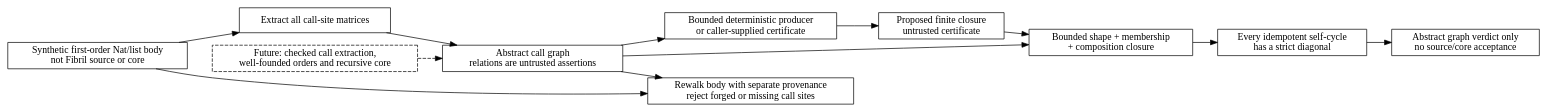
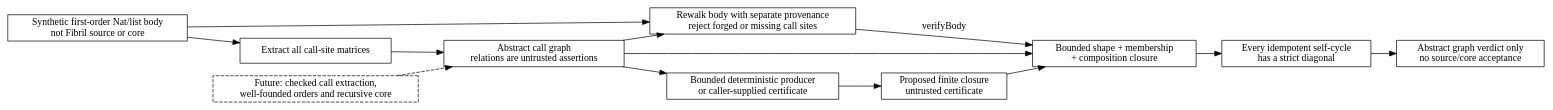
The diagram in docs/diagrams/size-change-certificates.dot (odunboye/fibril), drawn with Graphviz before and after one commit. The commit also changed 3 other files, not shown here.

```diff
--- a/docs/diagrams/size-change-certificates.dot
+++ b/docs/diagrams/size-change-certificates.dot
@@ -1,22 +1,23 @@
 digraph SizeChangeCertificates {
   rankdir=LR;
   node [shape=box];
   body [label="Synthetic first-order Nat/list body\nnot Fibril source or core"];
   extraction [label="Extract all call-site matrices"];
   crosscheck [label="Rewalk body with separate provenance\nreject forged or missing call sites"];
   callGraph [label="Abstract call graph\nrelations are untrusted assertions"];
   producer [label="Bounded deterministic producer\nor caller-supplied certificate"];
   cert [label="Proposed finite closure\nuntrusted certificate"];
   admission [label="Bounded shape + membership\n+ composition closure"];
   cycle [label="Every idempotent self-cycle\nhas a strict diagonal"];
   result [label="Abstract graph verdict only\nno source/core acceptance"];
   future [label="Future: checked call extraction,\nwell-founded orders and recursive core", style=dashed];
   body -> extraction -> callGraph;
   body -> crosscheck;
   callGraph -> crosscheck;
+  crosscheck -> admission [label="verifyBody"];
   callGraph -> producer -> cert;
   callGraph -> admission;
   cert -> admission;
   admission -> cycle -> result;
   future -> callGraph [style=dashed];
 }
```
